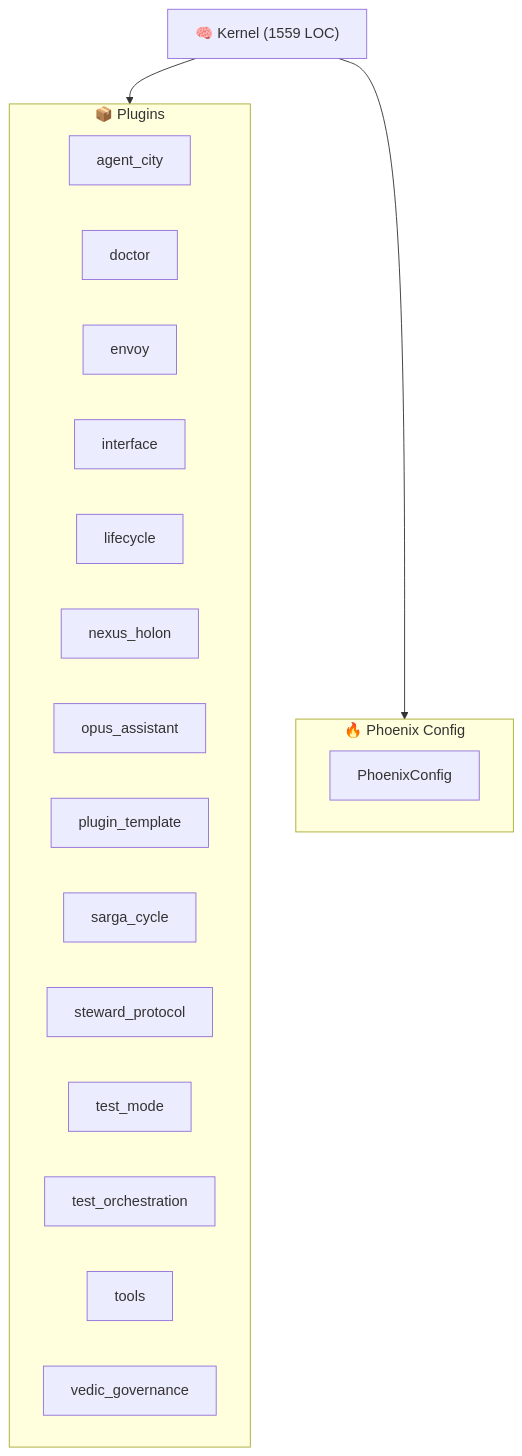
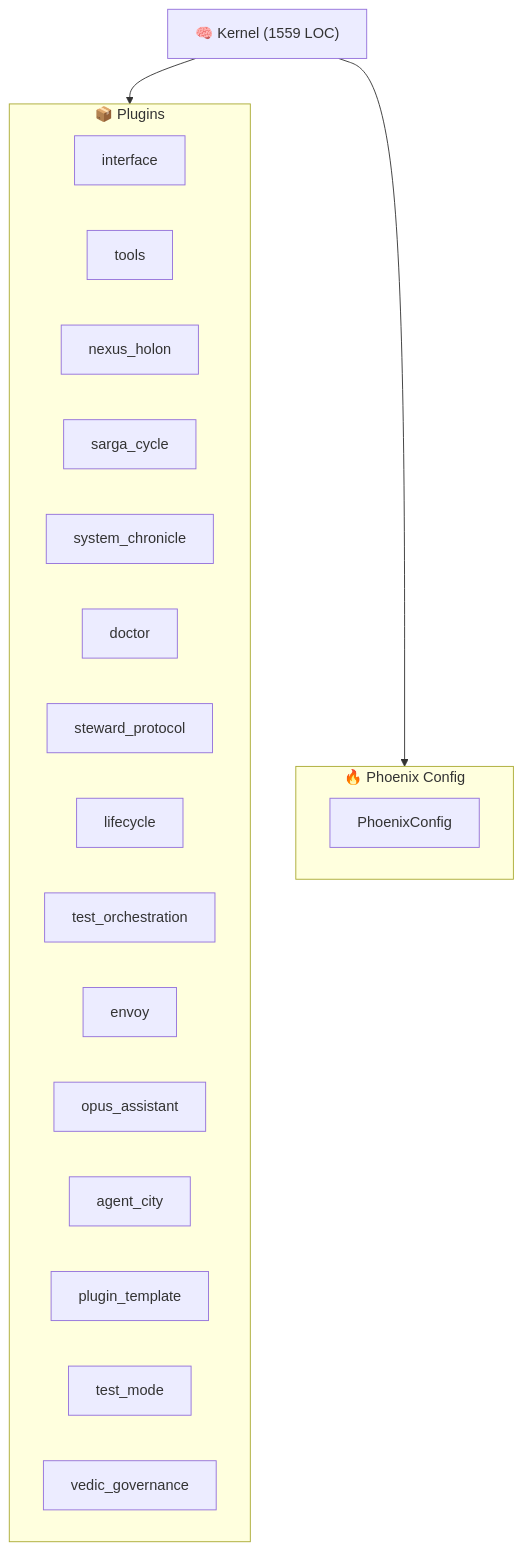
Before and after one commit to kimeisele/steward-protocol: the diagram in ARCHITECTURE.md, drawn with Mermaid. The commit also changed other lines of this file and 19 other files, not shown here.

Commit message:
OPUS-091 Phase 1: SystemChroniclePlugin + Heartbeat purification

````diff
--- a/ARCHITECTURE.md
+++ b/ARCHITECTURE.md
@@ -8,25 +8,26 @@
 ```mermaid
 graph TB
     K["🧠 Kernel (1559 LOC)"]
     subgraph Plugins["📦 Plugins"]
+        P_interface["interface"]
+        P_tools["tools"]
+        P_nexus_holon["nexus_holon"]
+        P_sarga_cycle["sarga_cycle"]
+        P_system_chronicle["system_chronicle"]
+        P_doctor["doctor"]
+        P_steward_protocol["steward_protocol"]
+        P_lifecycle["lifecycle"]
+        P_test_orchestration["test_orchestration"]
+        P_envoy["envoy"]
+        P_opus_assistant["opus_assistant"]
         P_agent_city["agent_city"]
-        P_doctor["doctor"]
-        P_envoy["envoy"]
-        P_interface["interface"]
-        P_lifecycle["lifecycle"]
-        P_nexus_holon["nexus_holon"]
-        P_opus_assistant["opus_assistant"]
         P_plugin_template["plugin_template"]
-        P_sarga_cycle["sarga_cycle"]
-        P_steward_protocol["steward_protocol"]
         P_test_mode["test_mode"]
-        P_test_orchestration["test_orchestration"]
-        P_tools["tools"]
         P_vedic_governance["vedic_governance"]
     end
     K --> Plugins
     subgraph Config["🔥 Phoenix Config"]
         PC[PhoenixConfig]
     end
     K --> Config
 ```
````
